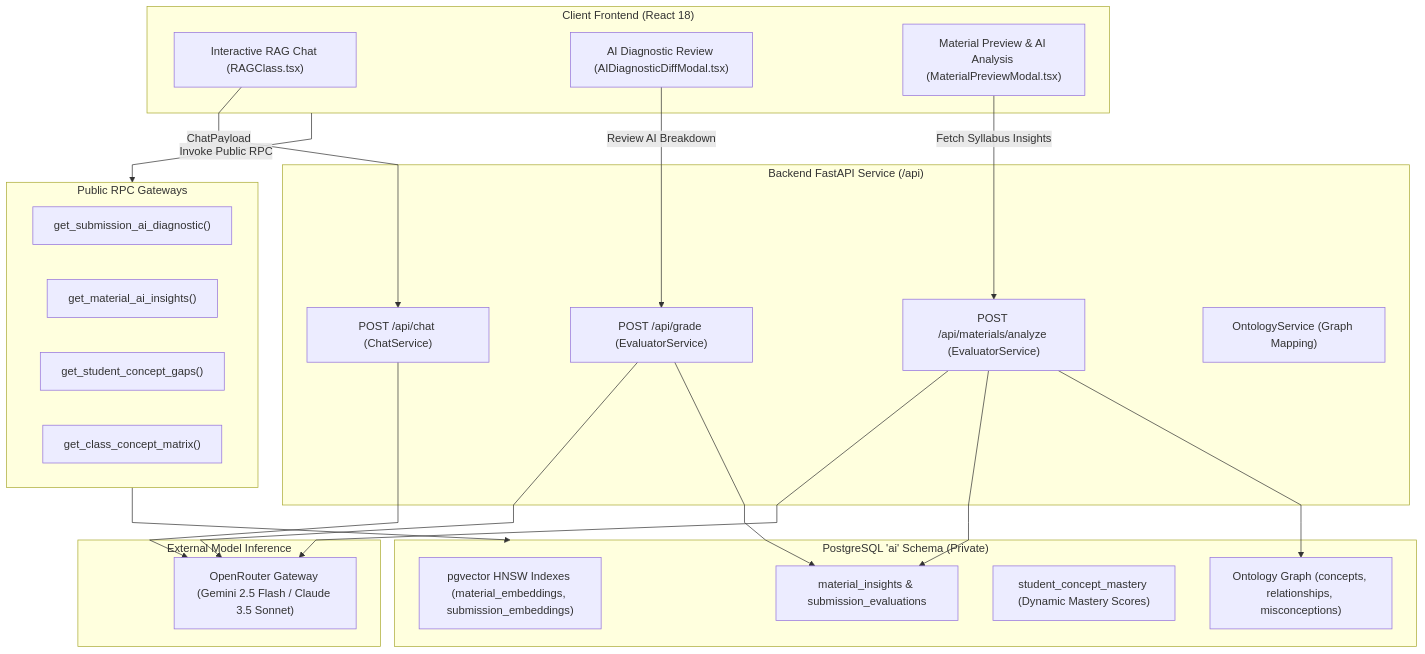
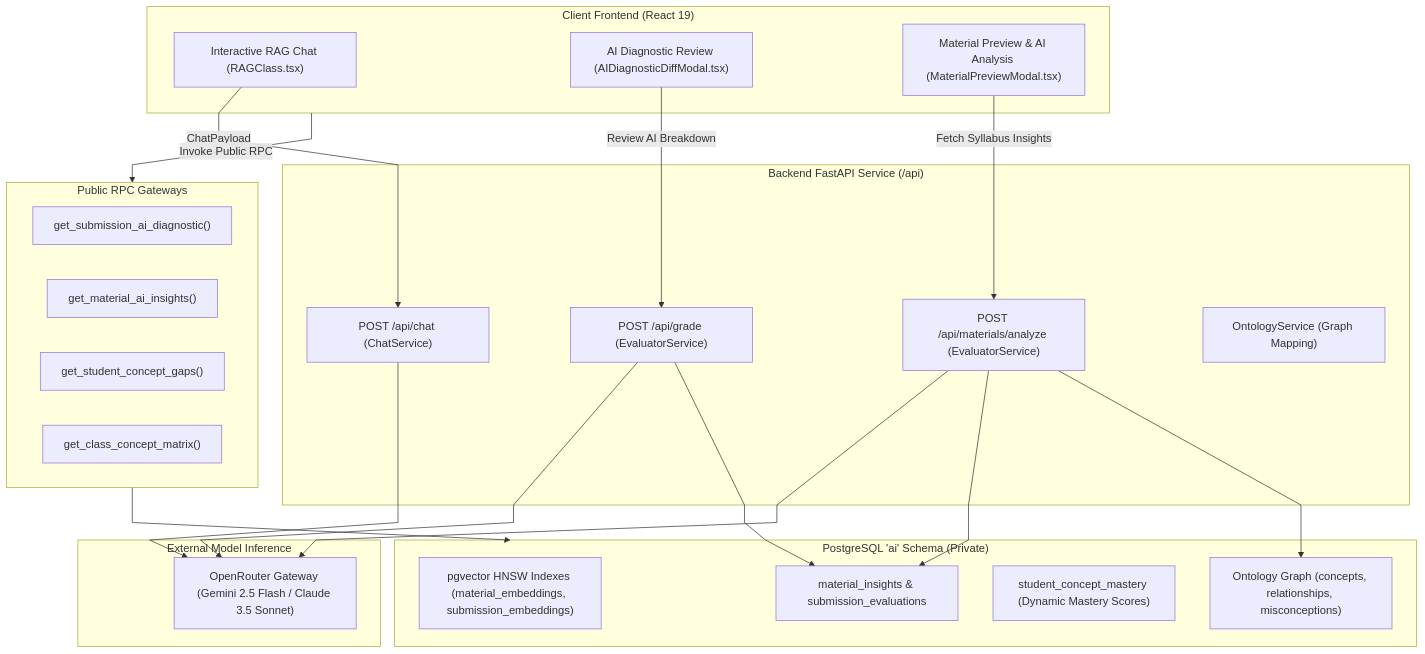
One commit to VictorBravo9er/Teacher-Assistant-Workspace changed the first of 3 diagrams in systems/ai_and_ontology_subsystem.md. Above: the diagram before and after it, drawn with Mermaid. The commit also changed 25 other files, not shown here.

````diff
--- a/systems/ai_and_ontology_subsystem.md
+++ b/systems/ai_and_ontology_subsystem.md
@@ -9,49 +9,49 @@
 ```mermaid
 %%{init: {'flowchart': {'curve': 'linear'}}}%%
 flowchart TB
-    subgraph ClientUI["Client Frontend (React 18)"]
+    subgraph ClientUI["Client Frontend (React 19)"]
         ChatUI["Interactive RAG Chat (RAGClass.tsx)"]
         DiffModal["AI Diagnostic Review (AIDiagnosticDiffModal.tsx)"]
         MatModal["Material Preview & AI Analysis (MaterialPreviewModal.tsx)"]
     end
 
     subgraph BackendGateway["Backend FastAPI Service (/api)"]
         ChatEndpoint["POST /api/chat (ChatService)"]
         GradeEndpoint["POST /api/grade (EvaluatorService)"]
         AnalyzeEndpoint["POST /api/materials/analyze (EvaluatorService)"]
         OntologySvc["OntologyService (Graph Mapping)"]
     end
 
     subgraph AISchemaBoundary["PostgreSQL 'ai' Schema (Private)"]
         VectorStore["pgvector HNSW Indexes (material_embeddings, submission_embeddings)"]
         OntologyGraph["Ontology Graph (concepts, relationships, misconceptions)"]
         ConceptMastery["student_concept_mastery (Dynamic Mastery Scores)"]
         InsightsTable["material_insights & submission_evaluations"]
     end
 
     subgraph GatewayRPCs["Public RPC Gateways"]
         RPC1["get_submission_ai_diagnostic()"]
         RPC2["get_material_ai_insights()"]
         RPC3["get_student_concept_gaps()"]
         RPC4["get_class_concept_matrix()"]
     end
 
     subgraph LLMProviders["External Model Inference"]
         OpenRouter["OpenRouter Gateway (Gemini 2.5 Flash / Claude 3.5 Sonnet)"]
     end
 
     ChatUI -->|ChatPayload| ChatEndpoint
     DiffModal -->|Review AI Breakdown| GradeEndpoint
     MatModal -->|Fetch Syllabus Insights| AnalyzeEndpoint
 
     ChatEndpoint --> OpenRouter
     GradeEndpoint --> OpenRouter
     AnalyzeEndpoint --> OpenRouter
 
     GradeEndpoint --> InsightsTable
     AnalyzeEndpoint --> InsightsTable
     AnalyzeEndpoint --> OntologyGraph
 
     ClientUI -->|Invoke Public RPC| GatewayRPCs
     GatewayRPCs --> AISchemaBoundary
 ```
````
